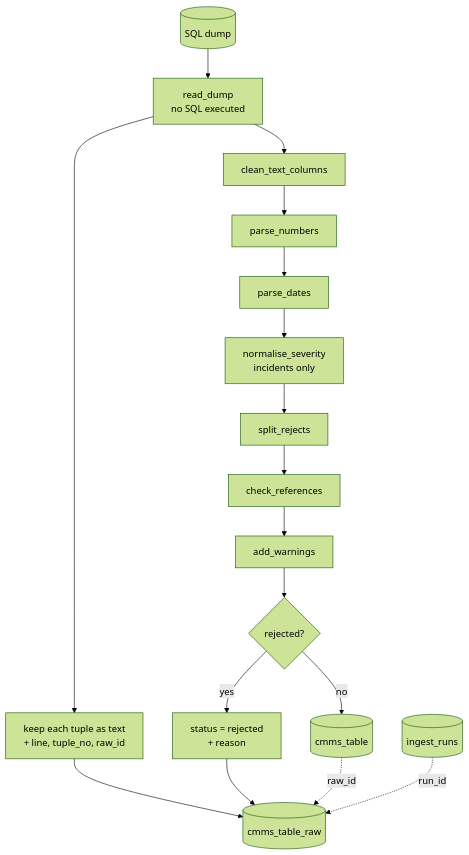
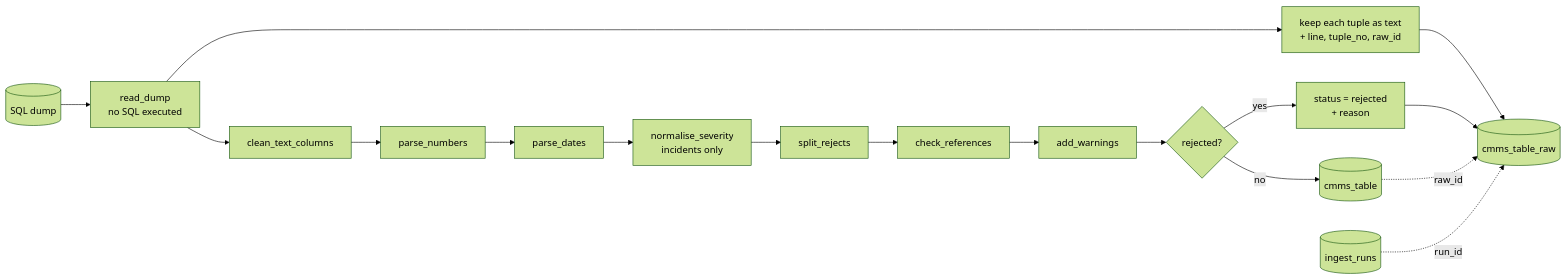
The first of 3 diagrams in docs/ingest_cmms.md (ensanguine2279/sctp-aie-m5-jurong-marine), drawn with Mermaid (forest theme) before and after one commit. The commit also changed other lines of this file and 3 other files, not shown here.

````diff
--- a/docs/ingest_cmms.md
+++ b/docs/ingest_cmms.md
@@ -102,19 +102,19 @@
 ```mermaid
-flowchart TD
+flowchart LR
     SQL[(SQL dump)] --> R[read_dump<br/>no SQL executed]
     R --> RAW[keep each tuple as text<br/>+ line, tuple_no, raw_id]
     R --> T[clean_text_columns]
     T --> N[parse_numbers]
     N --> D[parse_dates]
     D --> SV[normalise_severity<br/>incidents only]
     SV --> S[split_rejects]
     S --> CR[check_references]
     CR --> W[add_warnings]
     W --> OK{rejected?}
     OK -- no --> CLEAN[(cmms_table)]
     OK -- yes --> REJ[status = rejected<br/>+ reason]
     RAW --> RAWT[(cmms_table_raw)]
     REJ --> RAWT
     CLEAN -. raw_id .-> RAWT
     RUN[(ingest_runs)] -. run_id .-> RAWT
 ```
````
